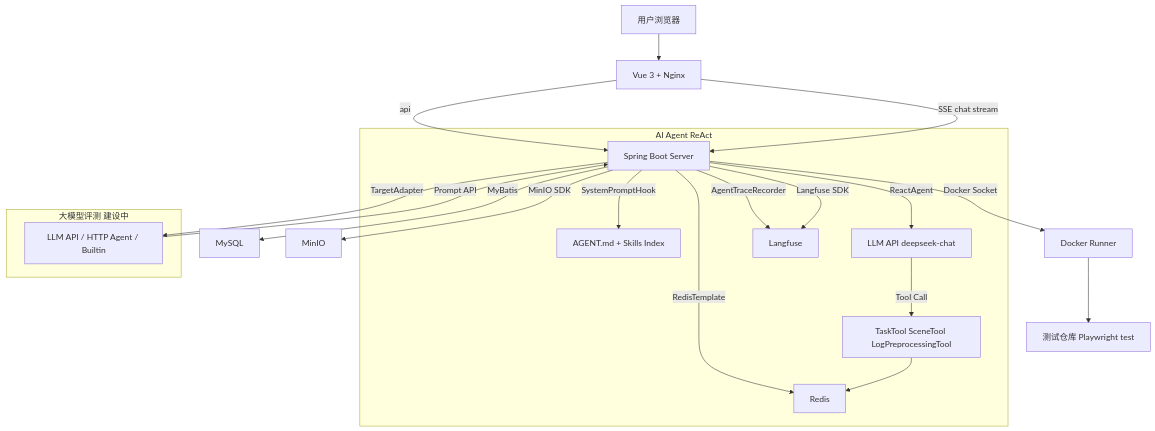
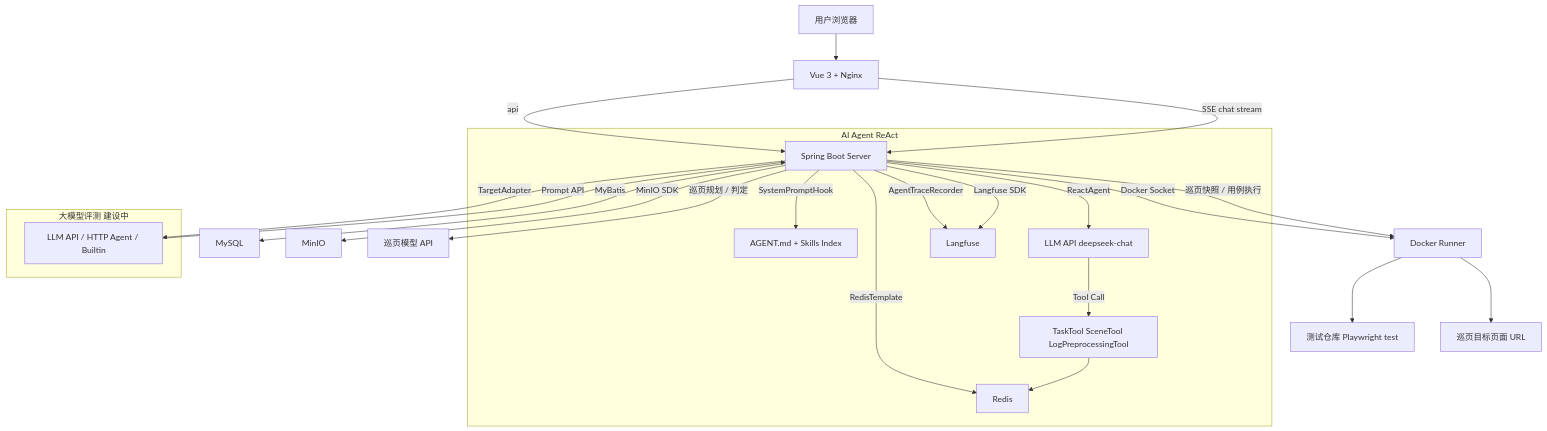
Before and after one commit to MenXiaoHuan/testplatform: the diagram in README.md, drawn with Mermaid. The commit also changed other lines of this file and 108 other files, not shown here.

First line of the commit message:
feat(patrol): 新增 LLM 巡页巡检与模型日志

````diff
--- a/README.md
+++ b/README.md
@@ -60,25 +63,28 @@
 ```mermaid
 flowchart TD
     User[用户浏览器] --> Web[Vue 3 + Nginx]
     Web -->|api| Server[Spring Boot Server]
     Web -->|SSE chat stream| Server
     Server -->|MyBatis| MySQL[MySQL]
     Server -->|RedisTemplate| Redis[Redis]
     Server -->|MinIO SDK| MinIO[MinIO]
     Server -->|Docker Socket| Runner[Docker Runner]
     Runner --> Repo[测试仓库 Playwright test]
+    Server -->|巡页快照 / 用例执行| Runner
+    Runner --> Target[巡页目标页面 URL]
+    Server -->|巡页规划 / 判定| PatrolLLM[巡页模型 API]
 
     subgraph Agent[AI Agent ReAct]
         Server -->|SystemPromptHook| Prompt[AGENT.md + Skills Index]
         Server -->|ReactAgent| LLM[LLM API deepseek-chat]
         LLM -->|Tool Call| Tools[TaskTool SceneTool LogPreprocessingTool]
         Tools --> Redis
         Server -->|AgentTraceRecorder| Langfuse
     end
 
     subgraph Eval[大模型评测 建设中]
         Server -->|TargetAdapter| EvalTarget[LLM API / HTTP Agent / Builtin]
         Server -->|Langfuse SDK| Langfuse[Langfuse]
         EvalTarget -->|Prompt API| Server
     end
 ```
````
